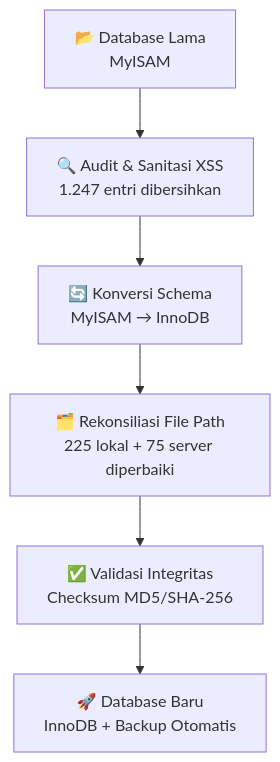
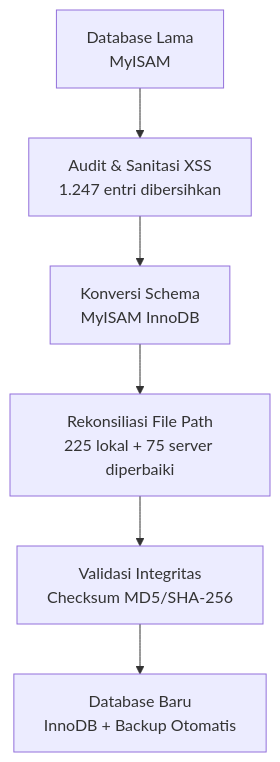
The third of 4 diagrams in docs/laporan_migrasi_jdih.md (diskonnekted/jdih), drawn with Mermaid before and after one commit. The commit also changed other lines of this file and 2 other files, not shown here.

````diff
--- a/docs/laporan_migrasi_jdih.md
+++ b/docs/laporan_migrasi_jdih.md
@@ -88,8 +88,8 @@
 ```mermaid
 flowchart TD
-    A["📂 Database Lama\nMyISAM"] --> B["🔍 Audit & Sanitasi XSS\n1.247 entri dibersihkan"]
-    B --> C["🔄 Konversi Schema\nMyISAM → InnoDB"]
-    C --> D["🗂️ Rekonsiliasi File Path\n225 lokal + 75 server diperbaiki"]
-    D --> E["✅ Validasi Integritas\nChecksum MD5/SHA-256"]
-    E --> F["🚀 Database Baru\nInnoDB + Backup Otomatis"]
+    A["Database Lama\nMyISAM"] --> B["Audit & Sanitasi XSS\n1.247 entri dibersihkan"]
+    B --> C["Konversi Schema\nMyISAM InnoDB"]
+    C --> D["Rekonsiliasi File Path\n225 lokal + 75 server diperbaiki"]
+    D --> E["Validasi Integritas\nChecksum MD5/SHA-256"]
+    E --> F["Database Baru\nInnoDB + Backup Otomatis"]
 ```
````
